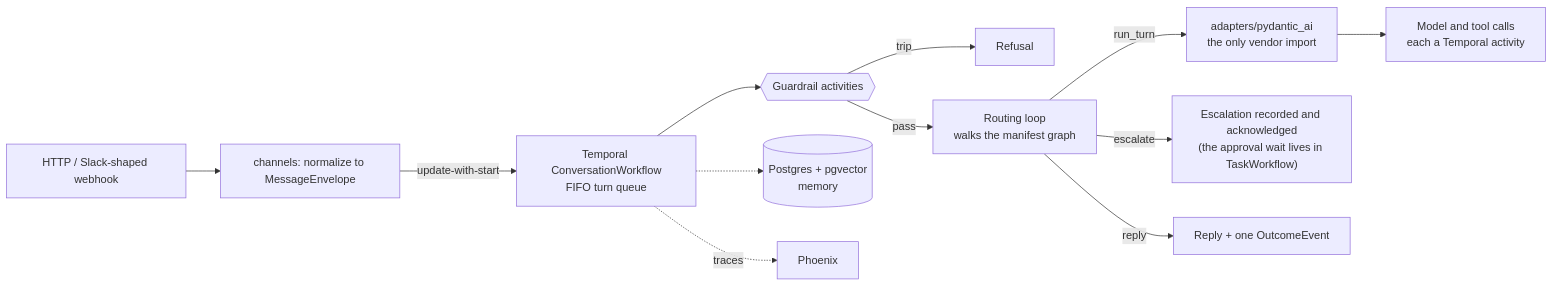
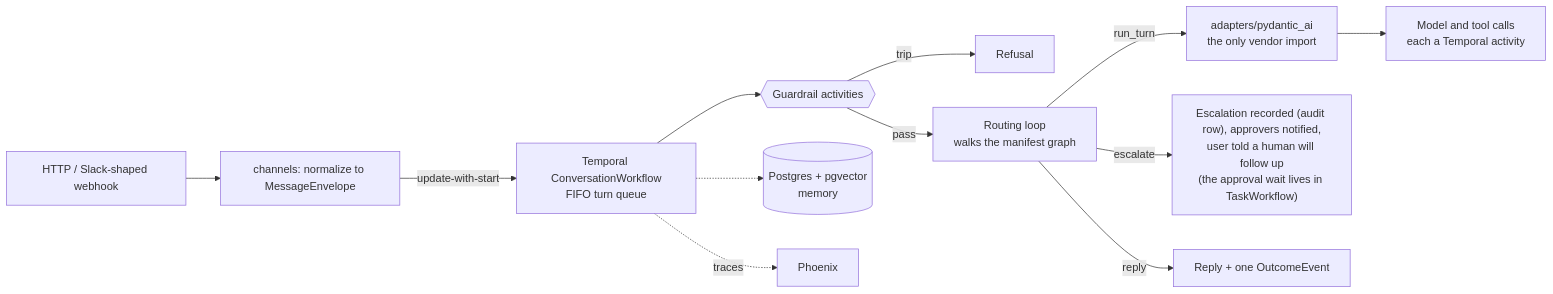
One commit to aidaploco/agent-chassis changed the diagram in README.md. Above: the diagram before and after it, drawn with Mermaid. The commit also changed other lines of this file and 16 other files, not shown here.

````diff
--- a/README.md
+++ b/README.md
@@ -21,14 +21,14 @@
 ```mermaid
 flowchart LR
     IN["HTTP / Slack-shaped webhook"] --> CH["channels: normalize to MessageEnvelope"]
     CH -->|"update-with-start"| WF["Temporal ConversationWorkflow<br/>FIFO turn queue"]
     WF --> GR{{"Guardrail activities"}}
     GR -->|trip| REF["Refusal"]
     GR -->|pass| RT["Routing loop<br/>walks the manifest graph"]
     RT -->|"run_turn"| AD["adapters/pydantic_ai<br/>the only vendor import"]
     AD --> ACT["Model and tool calls<br/>each a Temporal activity"]
-    RT -->|escalate| HU["Escalation recorded and acknowledged<br/>(the approval wait lives in TaskWorkflow)"]
+    RT -->|escalate| HU["Escalation recorded (audit row), approvers notified,<br/>user told a human will follow up<br/>(the approval wait lives in TaskWorkflow)"]
     RT -->|reply| OUT["Reply + one OutcomeEvent"]
     WF -.-> PG[("Postgres + pgvector<br/>memory")]
     WF -.traces.-> PX["Phoenix"]
 ```
````
